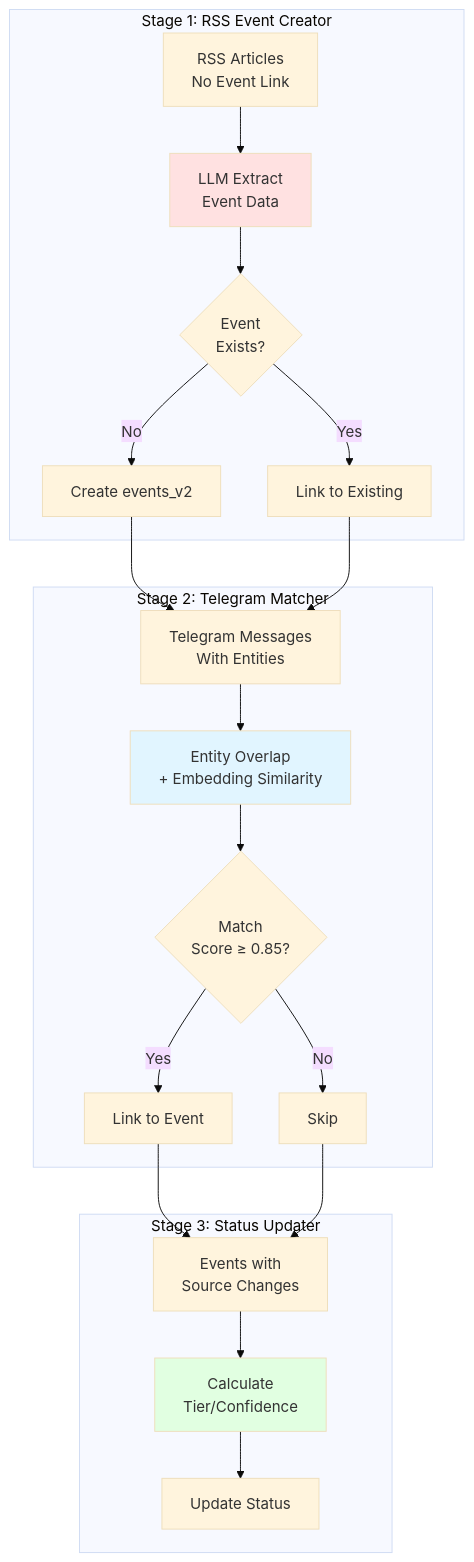
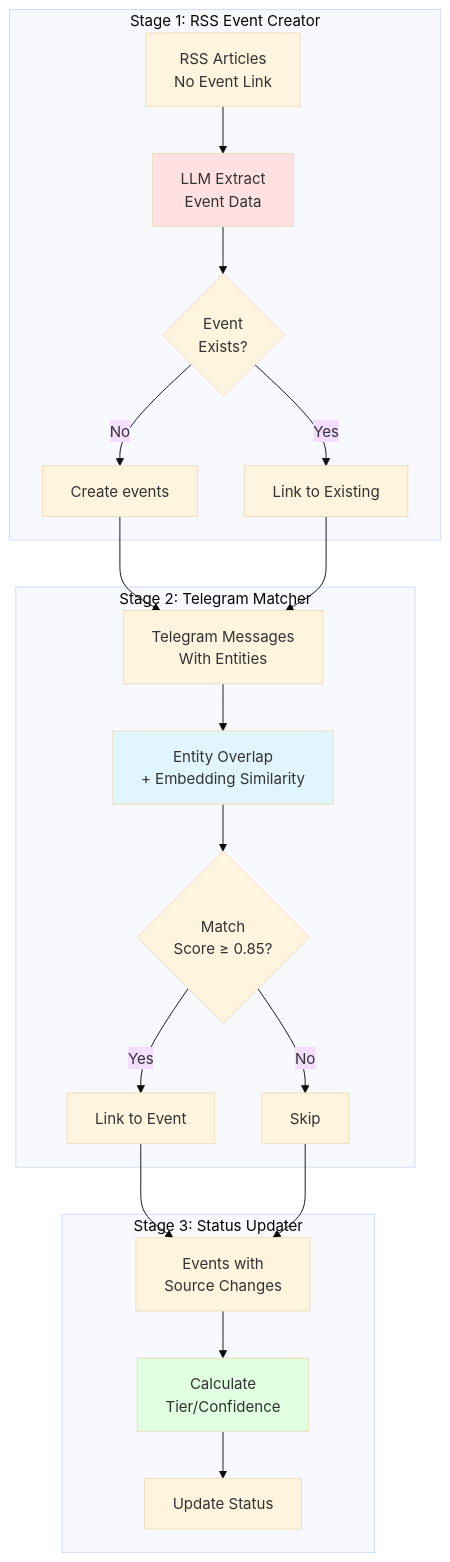
Before and after one commit to osintukraine/osint-platform-docs: the fifth of 10 diagrams in docs/developer-guide/services/enrichment.md, drawn with Mermaid (base theme). The commit also changed other lines of this file and 5 other files, not shown here.

First line of the commit message:
refactor(schema): remove _v2 suffix from event tables

````diff
--- a/docs/developer-guide/services/enrichment.md
+++ b/docs/developer-guide/services/enrichment.md
@@ -654,30 +654,30 @@
 ```mermaid
 graph TD
     subgraph "Stage 1: RSS Event Creator"
         A[RSS Articles<br/>No Event Link] --> B[LLM Extract<br/>Event Data]
         B --> C{Event<br/>Exists?}
-        C -->|No| D[Create events_v2]
+        C -->|No| D[Create events]
         C -->|Yes| E[Link to Existing]
     end
 
     subgraph "Stage 2: Telegram Matcher"
         F[Telegram Messages<br/>With Entities] --> G[Entity Overlap<br/>+ Embedding Similarity]
         G --> H{Match<br/>Score ≥ 0.85?}
         H -->|Yes| I[Link to Event]
         H -->|No| J[Skip]
     end
 
     subgraph "Stage 3: Status Updater"
         K[Events with<br/>Source Changes] --> L[Calculate<br/>Tier/Confidence]
         L --> M[Update Status]
     end
 
     D --> F
     E --> F
     I --> K
     J --> K
 
     style B fill:#ffe1e1
     style G fill:#e1f5ff
     style L fill:#e1ffe1
 ```
````
